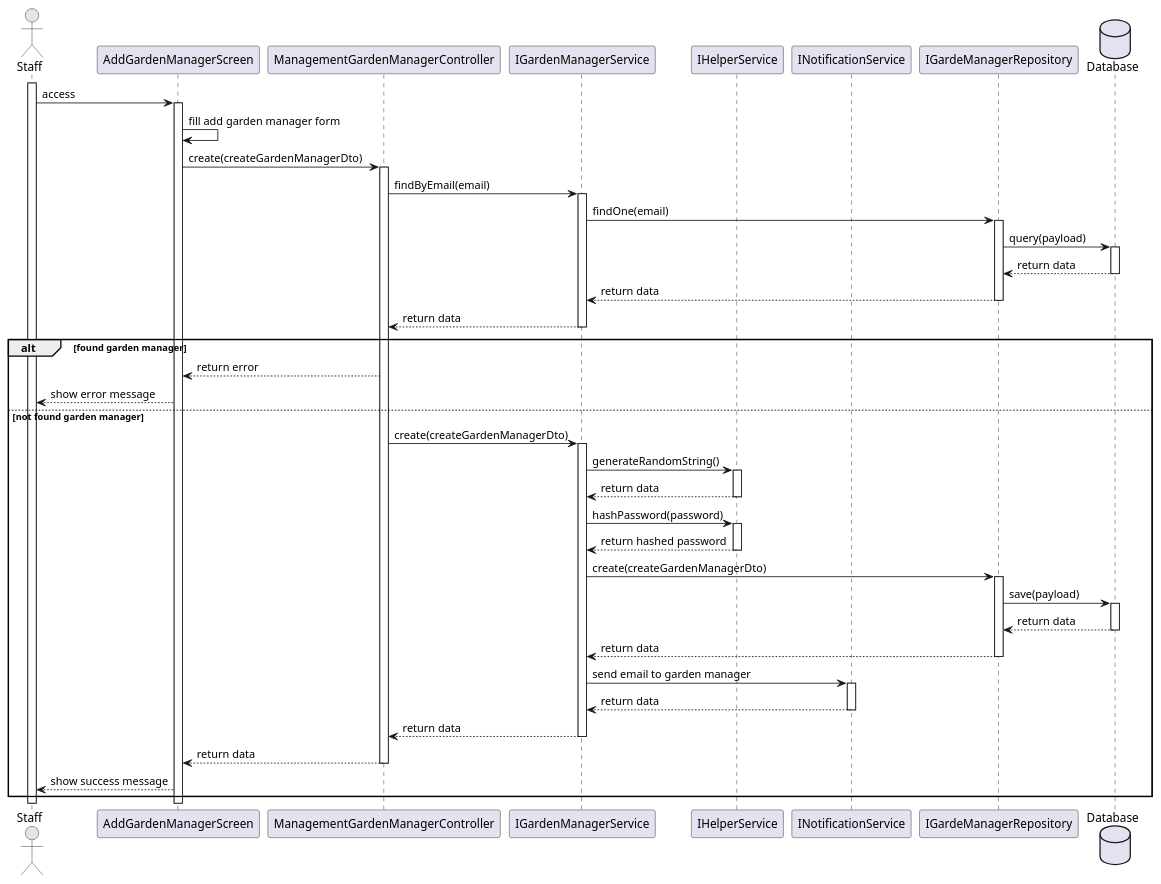
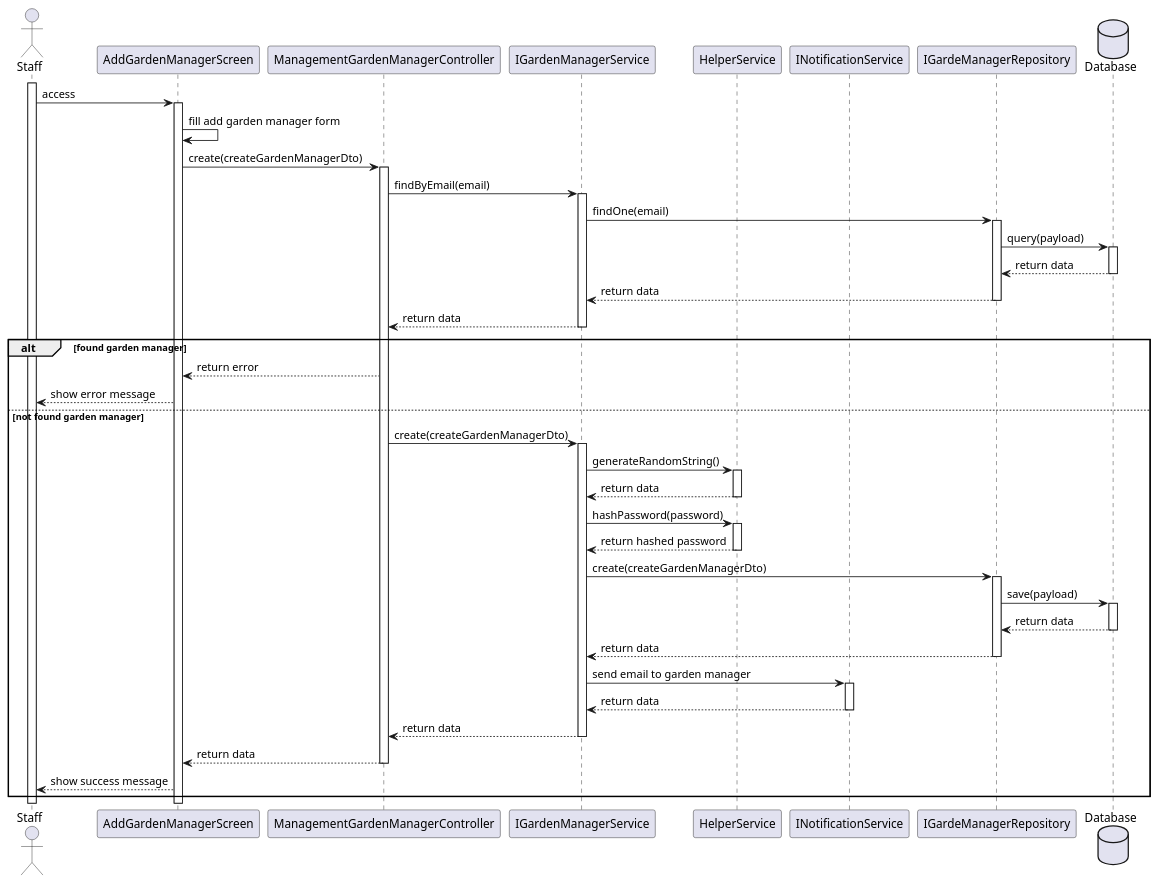
The diagram in .plantuml/sequence-diagram/Add Garden Manager.plantuml (Deco-Team/orchidify-api), drawn with PlantUML before and after one commit. The commit also changed 8 other files, not shown here.

Commit message:
class diagram: attendance, auth, certificate, feedback, garden

```diff
--- a/.plantuml/sequence-diagram/Add Garden Manager.plantuml
+++ b/.plantuml/sequence-diagram/Add Garden Manager.plantuml
@@ -1,64 +1,64 @@
 @startuml
 
 actor Staff
 participant AddGardenManagerScreen
 participant ManagementGardenManagerController
 participant IGardenManagerService
-participant IHelperService
+participant HelperService
 participant INotificationService
 participant IGardeManagerRepository
 database Database
 
 activate Staff
 Staff -> AddGardenManagerScreen: access
 activate AddGardenManagerScreen
 AddGardenManagerScreen -> AddGardenManagerScreen: fill add garden manager form
 AddGardenManagerScreen -> ManagementGardenManagerController: create(createGardenManagerDto)
 activate ManagementGardenManagerController
 ManagementGardenManagerController -> IGardenManagerService: findByEmail(email)
 activate IGardenManagerService
 IGardenManagerService -> IGardeManagerRepository: findOne(email)
 activate IGardeManagerRepository
 IGardeManagerRepository -> Database: query(payload)
 activate Database
 Database --> IGardeManagerRepository: return data
 deactivate Database
 IGardeManagerRepository --> IGardenManagerService: return data
 deactivate IGardeManagerRepository
 IGardenManagerService --> ManagementGardenManagerController: return data
 deactivate IGardenManagerService
 alt found garden manager
     ManagementGardenManagerController --> AddGardenManagerScreen: return error
     AddGardenManagerScreen --> Staff: show error message
 else not found garden manager
     ManagementGardenManagerController -> IGardenManagerService: create(createGardenManagerDto)
     activate IGardenManagerService
-    IGardenManagerService -> IHelperService: generateRandomString()
-    activate IHelperService
-    IHelperService --> IGardenManagerService: return data
-    deactivate IHelperService
-    IGardenManagerService -> IHelperService: hashPassword(password)
-    activate IHelperService
-    IHelperService --> IGardenManagerService: return hashed password
-    deactivate IHelperService
+    IGardenManagerService -> HelperService: generateRandomString()
+    activate HelperService
+    HelperService --> IGardenManagerService: return data
+    deactivate HelperService
+    IGardenManagerService -> HelperService: hashPassword(password)
+    activate HelperService
+    HelperService --> IGardenManagerService: return hashed password
+    deactivate HelperService
     IGardenManagerService -> IGardeManagerRepository: create(createGardenManagerDto)
     activate IGardeManagerRepository
     IGardeManagerRepository -> Database: save(payload)
     activate Database
     Database --> IGardeManagerRepository: return data
     deactivate Database
     IGardeManagerRepository --> IGardenManagerService: return data
     deactivate IGardeManagerRepository
     IGardenManagerService -> INotificationService: send email to garden manager
     activate INotificationService
     INotificationService --> IGardenManagerService: return data
     deactivate INotificationService
     IGardenManagerService --> ManagementGardenManagerController: return data
     deactivate IGardenManagerService
     ManagementGardenManagerController --> AddGardenManagerScreen: return data
     deactivate ManagementGardenManagerController
     AddGardenManagerScreen --> Staff: show success message
 end
 
 
 @enduml
```
